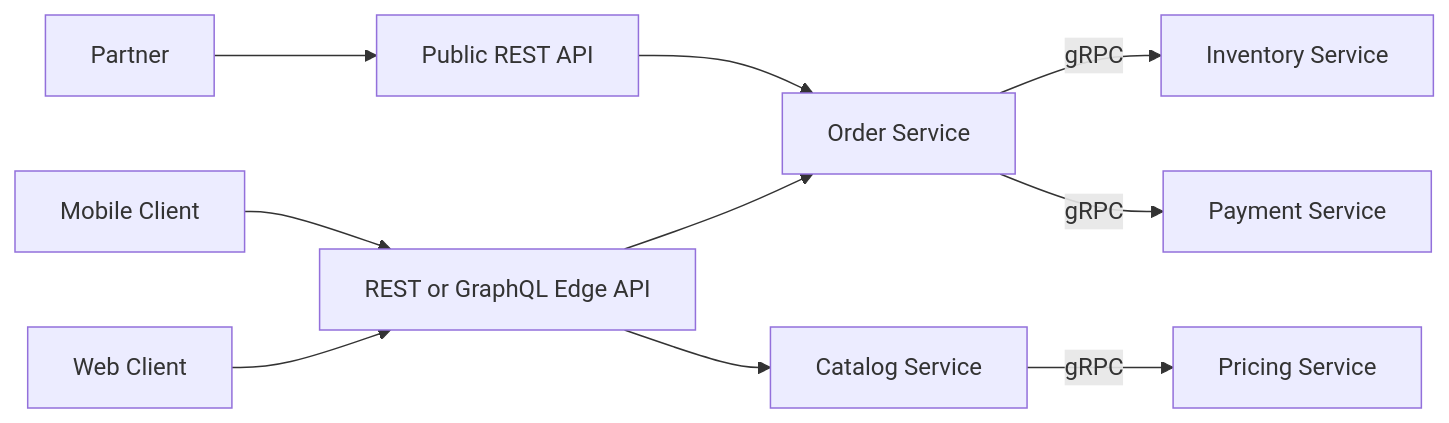
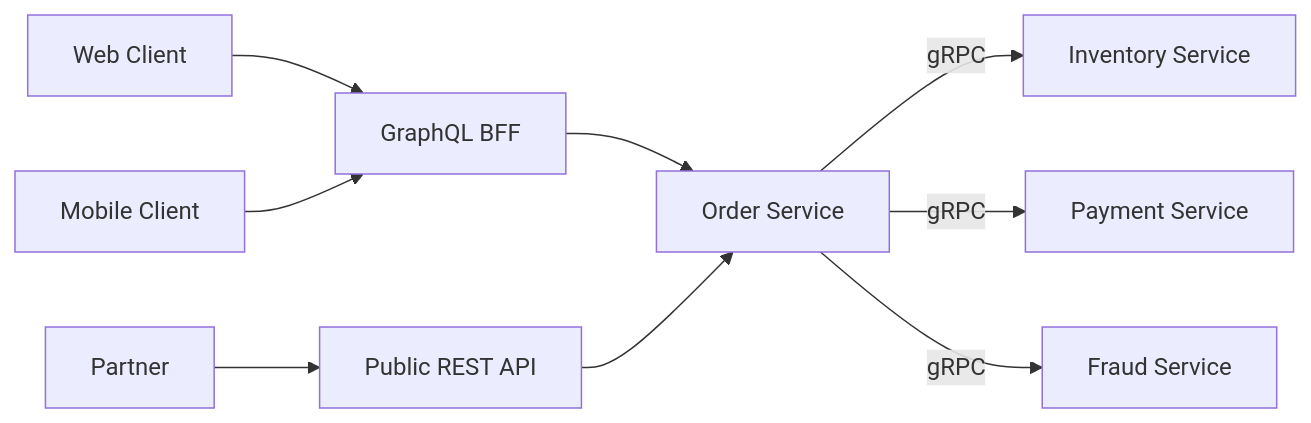
One commit to AvadhBhalodiya/Interview-Preparation changed the sixth of 6 diagrams in src/content/api-design/rest-vs-graphql-vs-grpc.md. Above: the diagram before and after it, drawn with Mermaid. The commit also changed other lines of this file and 54 other files, not shown here.

````diff
--- a/src/content/api-design/rest-vs-graphql-vs-grpc.md
+++ b/src/content/api-design/rest-vs-graphql-vs-grpc.md
@@ -1384,14 +855,14 @@
 ```mermaid
 flowchart LR
-    WEB[Web Client] --> EDGE[REST or GraphQL Edge API]
-    MOB[Mobile Client] --> EDGE
+    WEB[Web Client] --> BFF[GraphQL BFF]
+    MOB[Mobile Client] --> BFF
+
     PARTNER[Partner] --> REST[Public REST API]
 
-    EDGE --> ORD[Order Service]
-    EDGE --> CAT[Catalog Service]
-    REST --> ORD
+    BFF --> ORDER[Order Service]
+    REST --> ORDER
 
-    ORD -->|gRPC| INV[Inventory Service]
-    ORD -->|gRPC| PAY[Payment Service]
-    CAT -->|gRPC| PRICE[Pricing Service]
+    ORDER -->|gRPC| INV[Inventory Service]
+    ORDER -->|gRPC| PAY[Payment Service]
+    ORDER -->|gRPC| FRAUD[Fraud Service]
 ```
````
